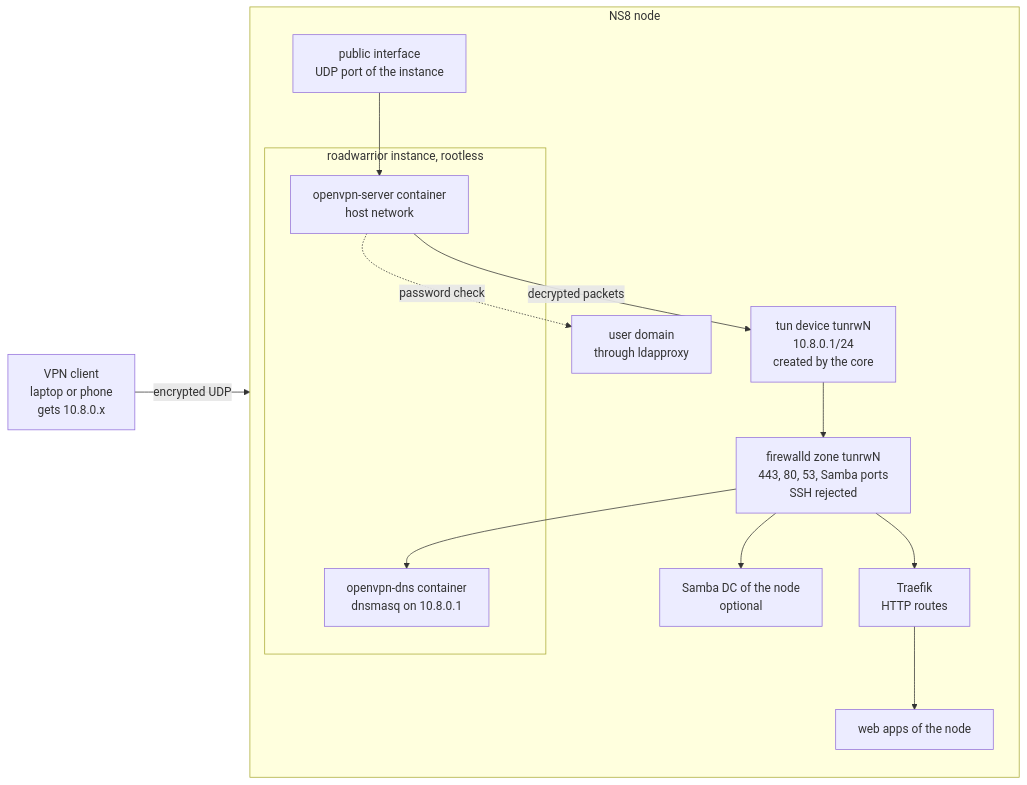
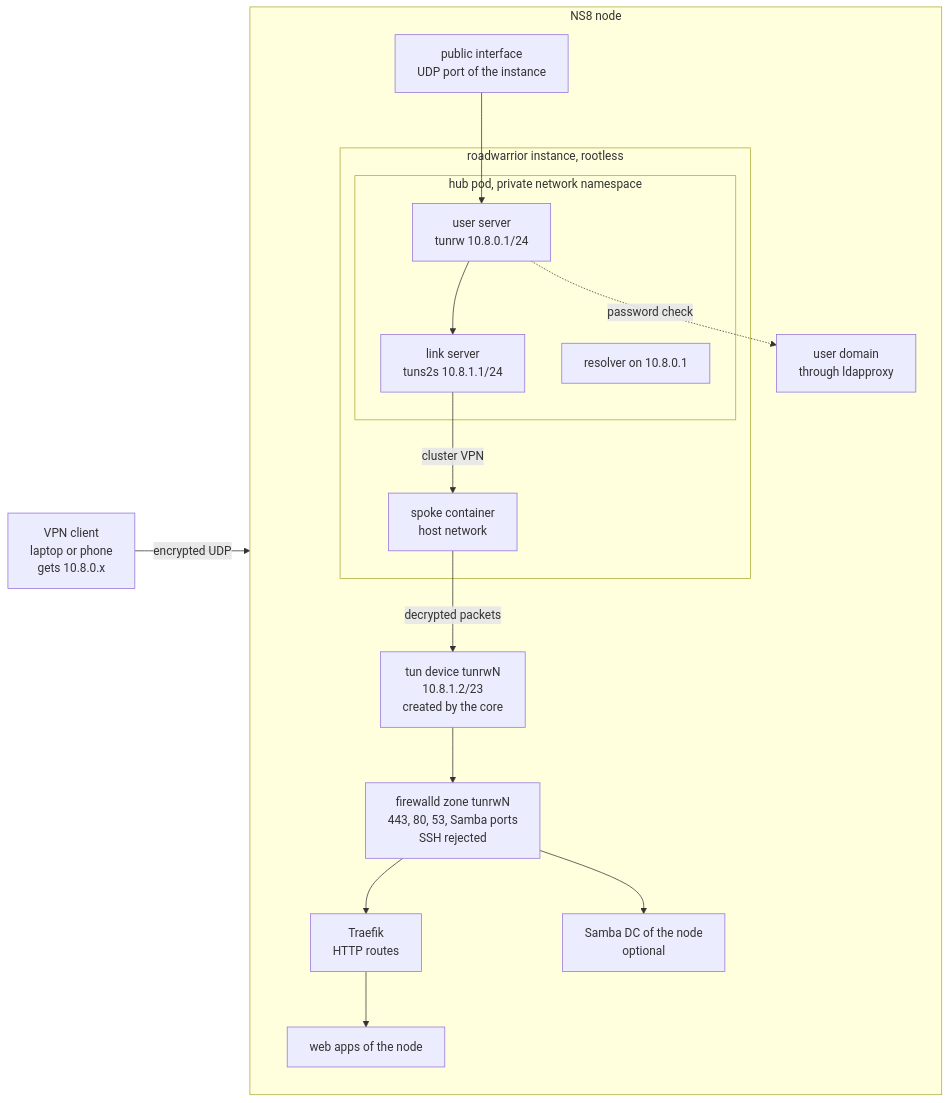
Before and after one commit to stephdl/ns8-roadwarrior: the first of 7 diagrams in docs/network.md, drawn with Mermaid. The commit also changed other lines of this file and 27 other files, not shown here.

First line of the commit message:
feat: keep only the hub and spoke roles

````diff
--- a/docs/network.md
+++ b/docs/network.md
@@ -7,29 +9,33 @@
 ```mermaid
 flowchart LR
     client["VPN client<br/>laptop or phone<br/>gets 10.8.0.x"]
 
     subgraph node["NS8 node"]
         direction TB
         nic["public interface<br/>UDP port of the instance"]
 
         subgraph module["roadwarrior instance, rootless"]
-            ovpn["openvpn-server container<br/>host network"]
-            dns["openvpn-dns container<br/>dnsmasq on 10.8.0.1"]
+            subgraph pod["hub pod, private network namespace"]
+                ovpn["user server<br/>tunrw 10.8.0.1/24"]
+                s2s["link server<br/>tuns2s 10.8.1.1/24"]
+                dns["resolver on 10.8.0.1"]
+            end
+            spoke["spoke container<br/>host network"]
         end
 
-        tun["tun device tunrwN<br/>10.8.0.1/24<br/>created by the core"]
+        tun["tun device tunrwN<br/>10.8.1.2/23<br/>created by the core"]
         zone["firewalld zone tunrwN<br/>443, 80, 53, Samba ports<br/>SSH rejected"]
         traefik["Traefik<br/>HTTP routes"]
         apps["web apps of the node"]
         samba["Samba DC of the node<br/>optional"]
         ldap["user domain<br/>through ldapproxy"]
     end
 
     client -- "encrypted UDP" --> nic --> ovpn
-    ovpn -- "decrypted packets" --> tun
+    ovpn --> s2s -- "cluster VPN" --> spoke
+    spoke -- "decrypted packets" --> tun
     tun --> zone
     zone --> traefik --> apps
     zone --> samba
-    zone --> dns
     ovpn -. "password check" .-> ldap
 ```
````
